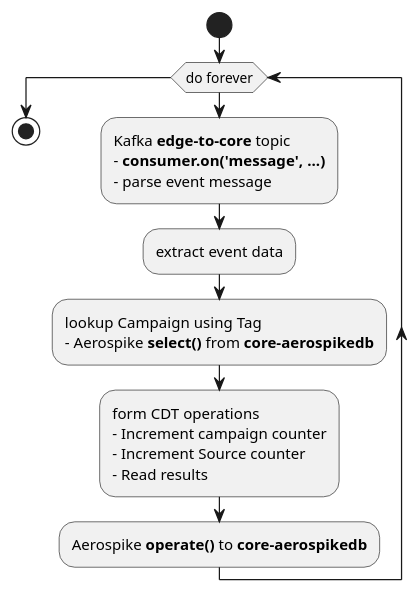
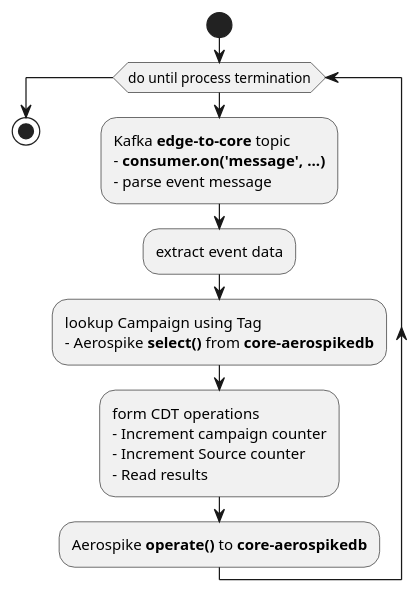
Before and after one commit to helipilot50/real-time-reporting-aerospike-kafka: the diagram in architecture/aggregator-reducer-activity.puml, drawn with PlantUML.

Commit message:
no message

```diff
--- a/architecture/aggregator-reducer-activity.puml
+++ b/architecture/aggregator-reducer-activity.puml
@@ -1,19 +1,19 @@
 @startuml
 
 start
-while (do forever)
+while (do until process termination)
 :Kafka **edge-to-core** topic
 - **consumer.on('message', ...)**
 - parse event message;
 :extract event data;
 :lookup Campaign using Tag
 - Aerospike **select()** from **core-aerospikedb**;
 :form CDT operations
 - Increment campaign counter
 - Increment Source counter
 - Read results;
 :Aerospike **operate()** to **core-aerospikedb**;
 endwhile
 stop
 
 @enduml
```
